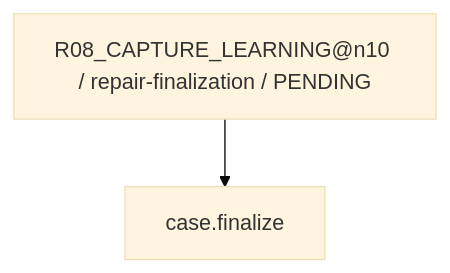
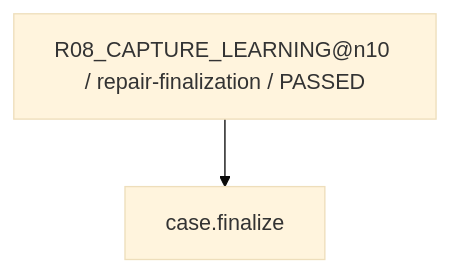
Diagram 29 of 30 in work/items/W-MATH-035-choice-order-factor-audit/generated/CAPABILITY_FIRE_DIAGRAM.md (rrikunagasige-dot/kyotsu-step-web), drawn with Mermaid (base theme) before and after one commit. The commit also changed other lines of this file and 661 other files, not shown here.

````diff
--- a/work/items/W-MATH-035-choice-order-factor-audit/generated/CAPABILITY_FIRE_DIAGRAM.md
+++ b/work/items/W-MATH-035-choice-order-factor-audit/generated/CAPABILITY_FIRE_DIAGRAM.md
@@ -451,6 +451,6 @@
 ```mermaid
 flowchart TD
-  N0["R08_CAPTURE_LEARNING@n10 / repair-finalization / PENDING"]
+  N0["R08_CAPTURE_LEARNING@n10 / repair-finalization / PASSED"]
   N1["case.finalize"]
   N0 --> N1
 ```
````
